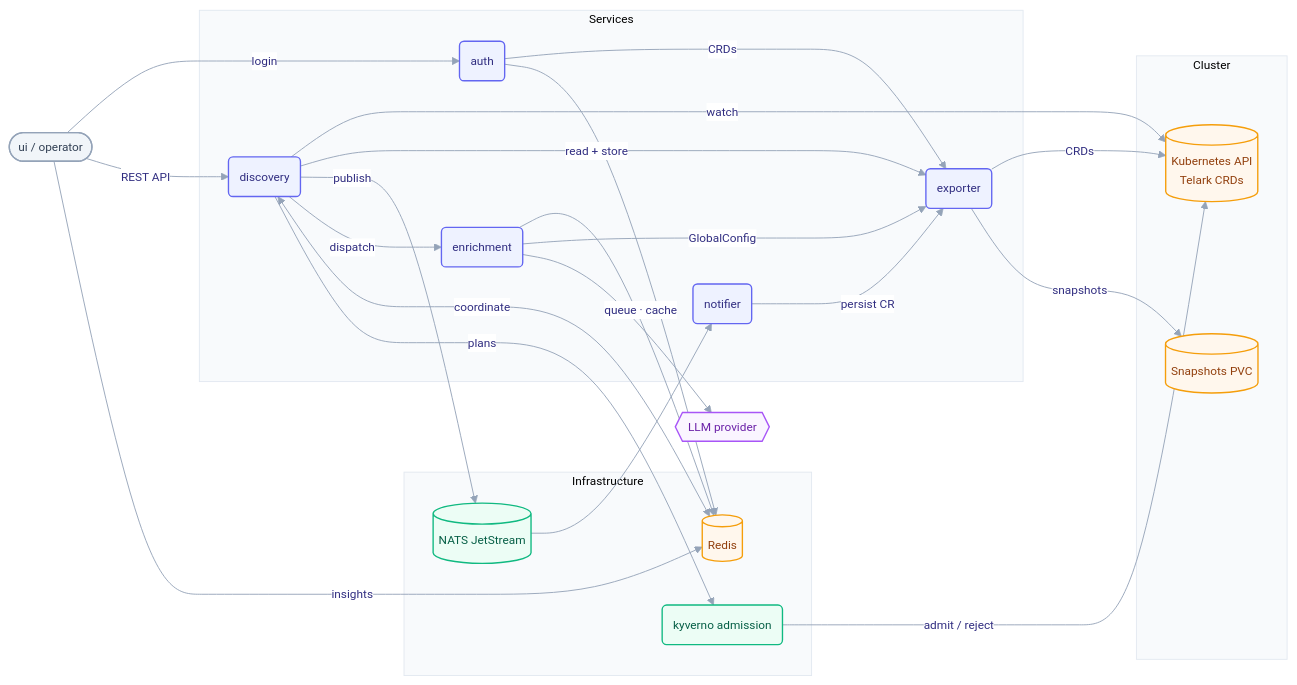
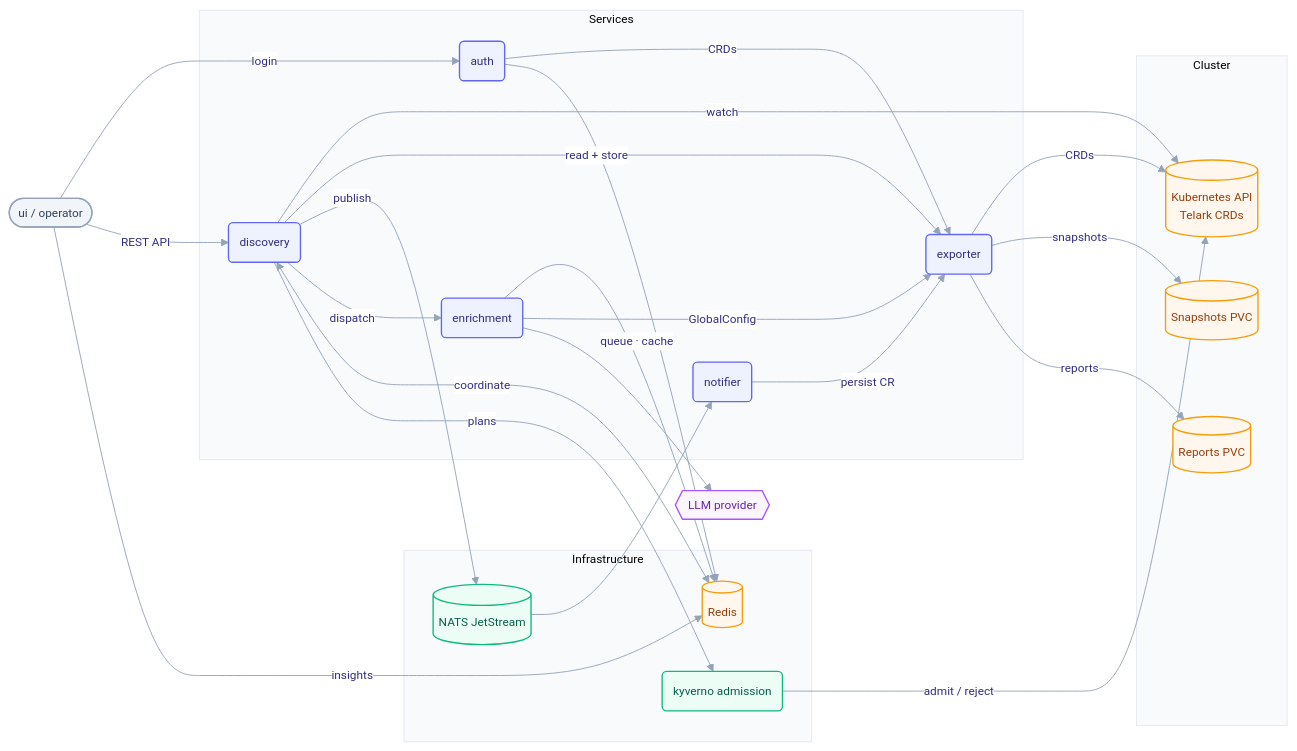
Before and after one commit to telark/telark: the diagram in docs/architecture.md, drawn with Mermaid. The commit also changed 281 other files, not shown here.

````diff
--- a/docs/architecture.md
+++ b/docs/architecture.md
@@ -7,59 +7,61 @@
 ```mermaid
 %%{init: {"theme":"base","themeVariables":{"fontFamily":"ui-sans-serif, system-ui, -apple-system, Segoe UI, Roboto, sans-serif","fontSize":"13px","lineColor":"#94a3b8","primaryColor":"#eef2ff","primaryBorderColor":"#6366f1","primaryTextColor":"#312e81","edgeLabelBackground":"#ffffff","clusterBkg":"#f8fafc","clusterBorder":"#e2e8f0"},"flowchart":{"curve":"basis","htmlLabels":true,"nodeSpacing":48,"rankSpacing":64,"padding":12}}}%%
 flowchart LR
   UI(["ui / operator"])
 
   subgraph services["Services"]
     AUTH(auth)
     DISC(discovery)
     EXP(exporter)
     ENR(enrichment)
     NTF(notifier)
   end
 
   subgraph infra["Infrastructure"]
     REDIS[("Redis")]
     NATS[("NATS JetStream")]
     KYV(kyverno admission)
   end
 
   subgraph cluster["Cluster"]
     K8S[("Kubernetes API<br/>Telark CRDs")]
     PVC[("Snapshots PVC")]
+    RPVC[("Reports PVC")]
   end
 
   LLM{{"LLM provider"}}
 
   UI -->|login| AUTH
   UI -->|REST API| DISC
   UI -->|insights| REDIS
 
   AUTH -->|CRDs| EXP
   AUTH --> REDIS
 
   DISC -->|watch| K8S
   DISC -->|read + store| EXP
   DISC -->|publish| NATS --> NTF -->|persist CR| EXP
   DISC -->|dispatch| ENR
   DISC <-->|coordinate| REDIS
   DISC -->|plans| KYV
   KYV -->|admit / reject| K8S
 
   ENR -->|queue · cache| REDIS
   ENR -->|GlobalConfig| EXP
   ENR --> LLM
 
   EXP -->|CRDs| K8S
   EXP -->|snapshots| PVC
+  EXP -->|reports| RPVC
 
   classDef svc fill:#eef2ff,stroke:#6366f1,stroke-width:1.5px,color:#312e81;
   classDef infra fill:#ecfdf5,stroke:#10b981,stroke-width:1.5px,color:#065f46;
   classDef store fill:#fff7ed,stroke:#f59e0b,stroke-width:1.5px,color:#92400e;
   classDef peer fill:#f1f5f9,stroke:#94a3b8,stroke-width:1.5px,color:#334155;
   classDef ext fill:#faf5ff,stroke:#a855f7,stroke-width:1.5px,color:#6b21a8;
   class AUTH,DISC,EXP,ENR,NTF svc;
   class NATS,KYV infra;
-  class REDIS,K8S,PVC store;
+  class REDIS,K8S,PVC,RPVC store;
   class UI peer;
   class LLM ext;
 ```
````
